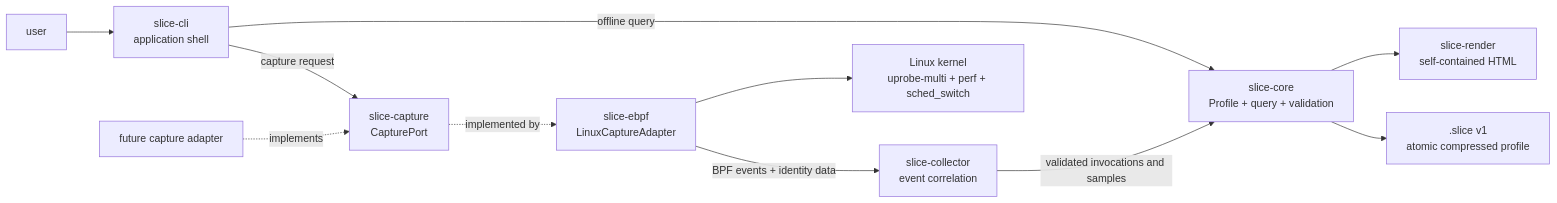
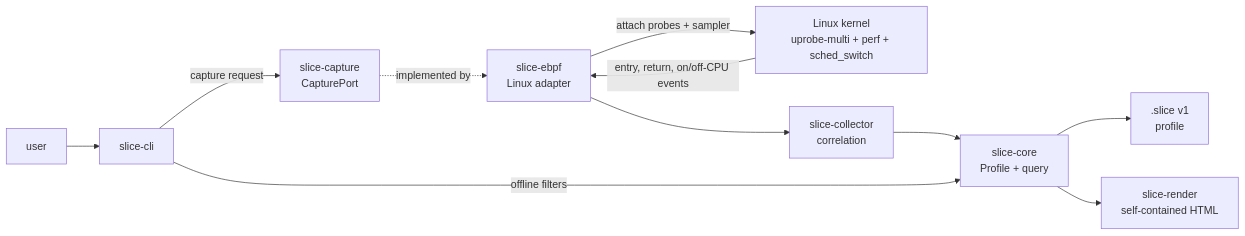
One commit to dorianturner/slice changed the diagram in README.md. Above: the diagram before and after it, drawn with Mermaid. The commit also changed other lines of this file, not shown here.

````diff
--- a/README.md
+++ b/README.md
@@ -132,13 +26,13 @@
 ```mermaid
 flowchart LR
-    User["user"] --> CLI["slice-cli<br/>application shell"]
+    User["user"] --> CLI["slice-cli"]
     CLI -->|capture request| Port["slice-capture<br/>CapturePort"]
-    Port -. implemented by .-> Linux["slice-ebpf<br/>LinuxCaptureAdapter"]
-    Linux -->|BPF events + identity data| Collector["slice-collector<br/>event correlation"]
-    Linux --> Kernel["Linux kernel<br/>uprobe-multi + perf + sched_switch"]
-    Collector -->|validated invocations and samples| Core["slice-core<br/>Profile + query + validation"]
-    CLI -->|offline query| Core
-    Core --> Store[".slice v1<br/>atomic compressed profile"]
+    Port -. implemented by .-> Adapter["slice-ebpf<br/>Linux adapter"]
+    Adapter -->|attach probes + sampler| Kernel["Linux kernel<br/>uprobe-multi + perf + sched_switch"]
+    Kernel -->|entry, return, on/off-CPU events| Adapter
+    Adapter --> Collector["slice-collector<br/>correlation"]
+    Collector --> Core["slice-core<br/>Profile + query"]
+    CLI -->|offline filters| Core
+    Core --> Profile[".slice v1<br/>profile"]
     Core --> Render["slice-render<br/>self-contained HTML"]
-    Future["future capture adapter"] -. implements .-> Port
 ```
````
